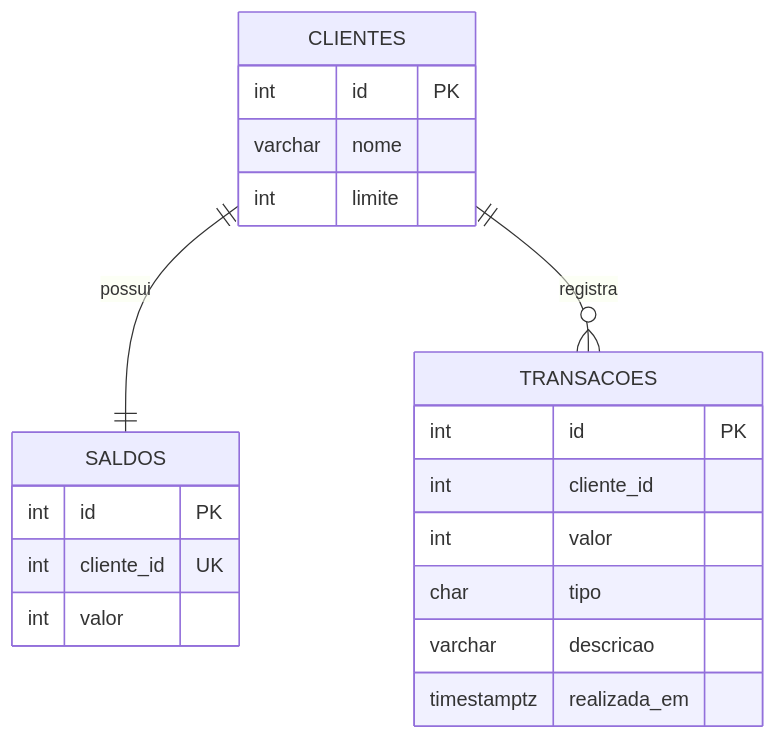
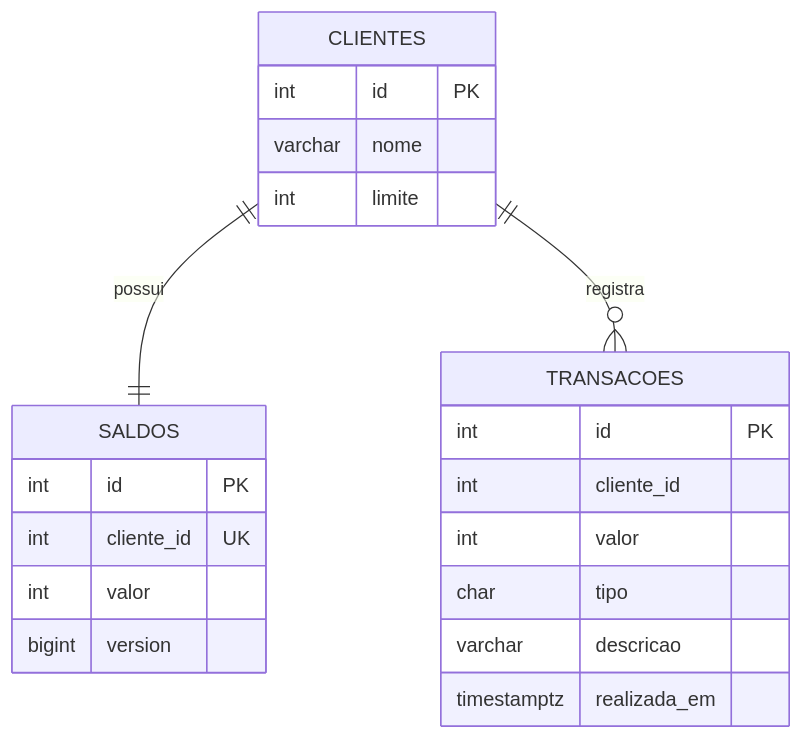
Before and after one commit to romjunior/minha-rinha-app-q1-2024-spring: the third of 3 diagrams in README.md, drawn with Mermaid. The commit also changed other lines of this file and 25 other files, not shown here.

````diff
--- a/README.md
+++ b/README.md
@@ -92,24 +100,25 @@
 ```mermaid
 erDiagram
     CLIENTES ||--|| SALDOS : possui
     CLIENTES ||--o{ TRANSACOES : registra
 
     CLIENTES {
         int id PK
         varchar nome
         int limite
     }
     SALDOS {
         int id PK
         int cliente_id UK
         int valor
+        bigint version
     }
     TRANSACOES {
         int id PK
         int cliente_id
         int valor
         char tipo
         varchar descricao
         timestamptz realizada_em
     }
 ```
````
